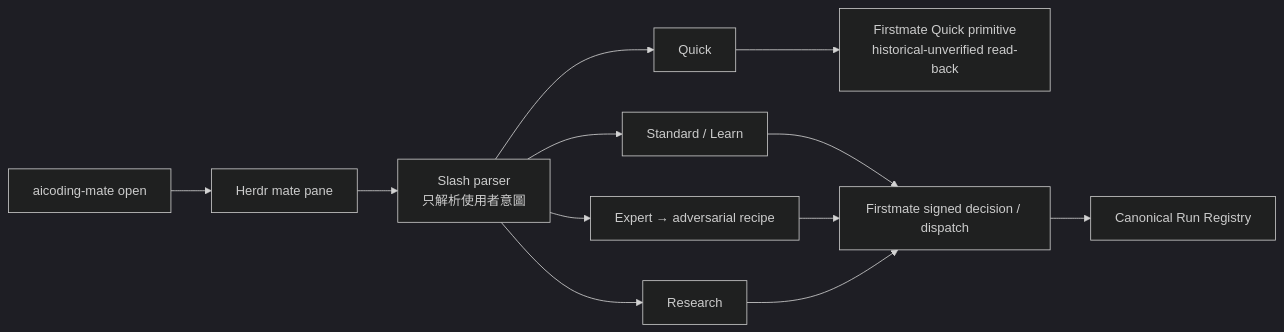
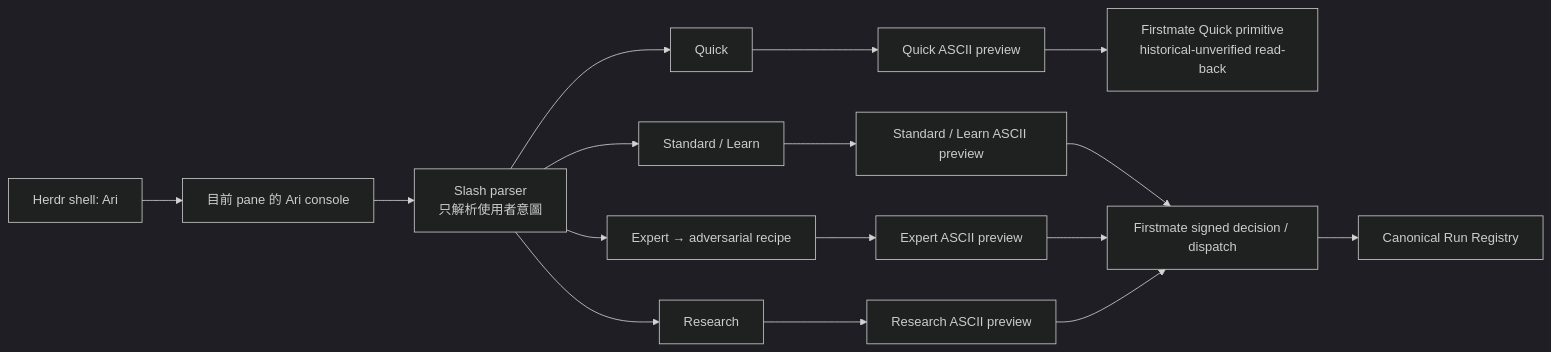
The third of 6 diagrams in docs/ARCHITECTURE.md (lunhsiangyuan/aicoding-mate), drawn with Mermaid (dark theme) before and after one commit. The commit also changed other lines of this file and 12 other files, not shown here.

First line of the commit message:
feat: enter Ari from the Herdr current pane

````diff
--- a/docs/ARCHITECTURE.md
+++ b/docs/ARCHITECTURE.md
@@ -118,14 +118,14 @@
 ```mermaid
 flowchart LR
-    OPEN["aicoding-mate open"] --> MATE["Herdr mate pane"]
+    OPEN["Herdr shell: Ari"] --> MATE["目前 pane 的 Ari console"]
     MATE --> PARSE["Slash parser<br/>只解析使用者意圖"]
     PARSE --> Q["Quick"]
     PARSE --> S["Standard / Learn"]
     PARSE --> E["Expert → adversarial recipe"]
     PARSE --> R["Research"]
-    Q --> QP["Firstmate Quick primitive<br/>historical-unverified read-back"]
-    S --> F
-    E --> F
-    R --> F
+    Q --> GQ["Quick ASCII preview"] --> QP["Firstmate Quick primitive<br/>historical-unverified read-back"]
+    S --> GS["Standard / Learn ASCII preview"] --> F
+    E --> GE["Expert ASCII preview"] --> F
+    R --> GR["Research ASCII preview"] --> F
     F["Firstmate signed decision / dispatch"] --> REG["Canonical Run Registry"]
 ```
````
